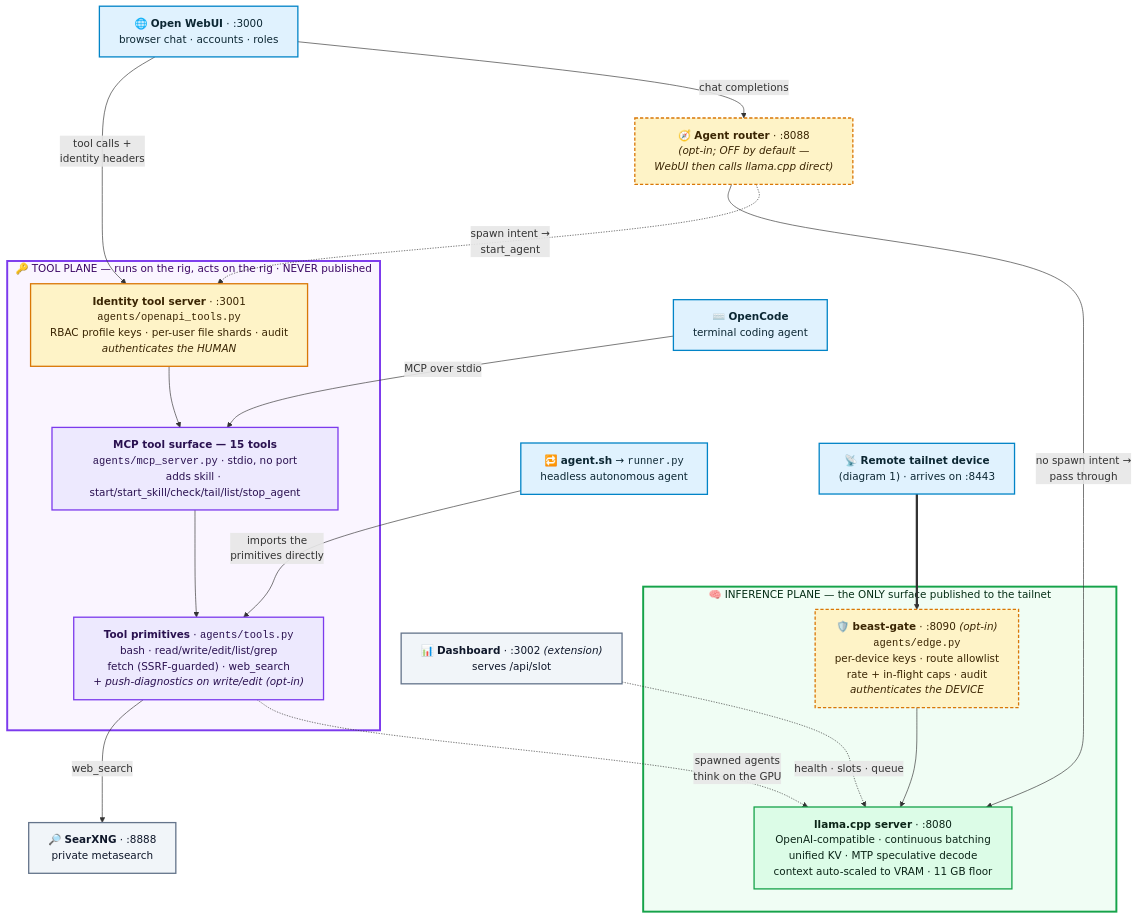
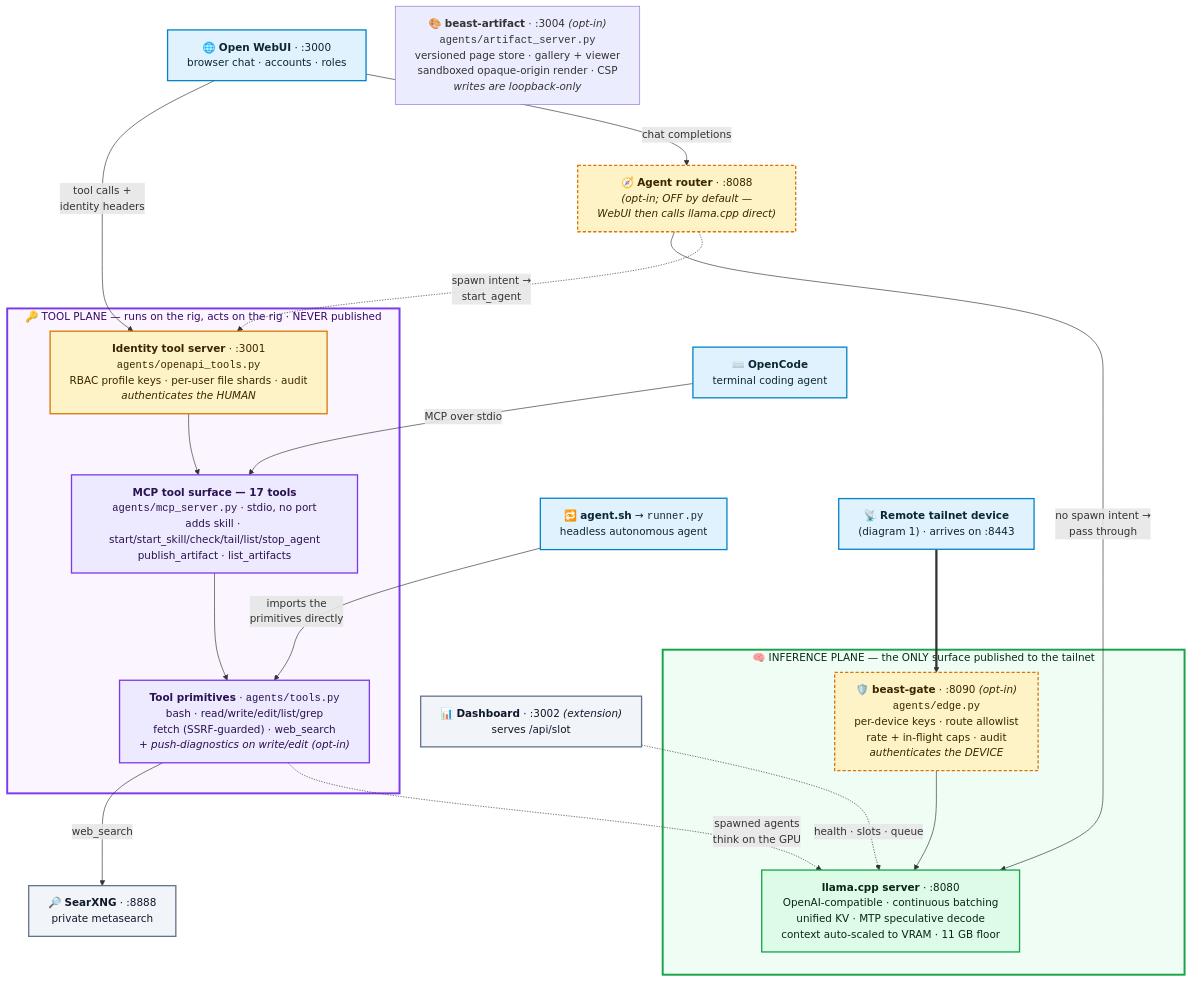
One commit to MaximilianKhan/openbeast changed the second of 2 diagrams in docs/ARCHITECTURE.md. Above: the diagram before and after it, drawn with Mermaid. The commit also changed other lines of this file and 39 other files, not shown here.

````diff
--- a/docs/ARCHITECTURE.md
+++ b/docs/ARCHITECTURE.md
@@ -101,53 +101,54 @@
 ```mermaid
 %%{init: {"flowchart": {"wrappingWidth": 380, "curve": "basis", "nodeSpacing": 45, "rankSpacing": 70}}}%%
 flowchart TB
     webui["🌐 <b>Open WebUI</b> · :3000<br/>browser chat · accounts · roles"]
     opencode["⌨️ <b>OpenCode</b><br/>terminal coding agent"]
     agentsh["🔁 <b>agent.sh</b> → <code>runner.py</code><br/>headless autonomous agent"]
     remote["📡 <b>Remote tailnet device</b><br/>(diagram 1) · arrives on :8443"]
 
     subgraph TOOLPLANE["🔑 TOOL PLANE — runs on the rig, acts on the rig · NEVER published"]
         its["<b>Identity tool server</b> · :3001<br/><code>agents/openapi_tools.py</code><br/>RBAC profile keys · per-user file shards · audit<br/><i>authenticates the HUMAN</i>"]
-        mcp["<b>MCP tool surface — 15 tools</b><br/><code>agents/mcp_server.py</code> · stdio, no port<br/>adds skill · start/start_skill/check/tail/list/stop_agent"]
+        mcp["<b>MCP tool surface — 17 tools</b><br/><code>agents/mcp_server.py</code> · stdio, no port<br/>adds skill · start/start_skill/check/tail/list/stop_agent<br/>publish_artifact · list_artifacts"]
         core["<b>Tool primitives</b> · <code>agents/tools.py</code><br/>bash · read/write/edit/list/grep<br/>fetch (SSRF-guarded) · web_search<br/><i>+ push-diagnostics on write/edit (opt-in)</i>"]
         its --> mcp --> core
     end
 
     subgraph INFPLANE["🧠 INFERENCE PLANE — the ONLY surface published to the tailnet"]
         gate["🛡️ <b>beast-gate</b> · :8090 <i>(opt-in)</i><br/><code>agents/edge.py</code><br/>per-device keys · route allowlist<br/>rate + in-flight caps · audit<br/><i>authenticates the DEVICE</i>"]
         llama["<b>llama.cpp server</b> · :8080<br/>OpenAI-compatible · continuous batching<br/>unified KV · MTP speculative decode<br/>context auto-scaled to VRAM · 11 GB floor"]
         gate --> llama
     end
 
     router["🧭 <b>Agent router</b> · :8088<br/><i>(opt-in; OFF by default —<br/>WebUI then calls llama.cpp direct)</i>"]
     searxng["🔎 <b>SearXNG</b> · :8888<br/>private metasearch"]
     dash["📊 <b>Dashboard</b> · :3002 <i>(extension)</i><br/>serves /api/slot"]
+    artifact["🎨 <b>beast-artifact</b> · :3004 <i>(opt-in)</i><br/><code>agents/artifact_server.py</code><br/>versioned page store · gallery + viewer<br/>sandboxed opaque-origin render · CSP<br/><i>writes are loopback-only</i>"]
 
     webui -->|"tool calls +<br/>identity headers"| its
     opencode -->|"MCP over stdio"| mcp
     agentsh -->|"imports the<br/>primitives directly"| core
     remote ==> gate
 
     webui -->|"chat completions"| router
     router -->|"no spawn intent →<br/>pass through"| llama
     router -.->|"spawn intent →<br/>start_agent"| its
 
     core -->|"web_search"| searxng
     core -.->|"spawned agents<br/>think on the GPU"| llama
     dash -.->|"health · slots · queue"| llama
 
     classDef fe fill:#e0f2fe,stroke:#0284c7,stroke-width:2px,color:#0c2733;
     classDef tool fill:#ede9fe,stroke:#7c3aed,stroke-width:2px,color:#2a1150;
     classDef inf fill:#dcfce7,stroke:#16a34a,stroke-width:2px,color:#0b2417;
     classDef sec fill:#fef3c7,stroke:#d97706,stroke-width:2px,color:#3a2503;
     classDef optin fill:#fef3c7,stroke:#d97706,stroke-width:2px,stroke-dasharray:5 3,color:#3a2503;
     classDef aux fill:#f1f5f9,stroke:#64748b,stroke-width:2px,color:#0f172a;
     class webui,opencode,agentsh,remote fe;
     class mcp,core tool;
     class its sec;
     class llama inf;
     class gate,router optin;
     class searxng,dash aux;
     style TOOLPLANE fill:#faf5ff,stroke:#7c3aed,stroke-width:3px,color:#3b0764;
     style INFPLANE fill:#f0fdf4,stroke:#16a34a,stroke-width:3px,color:#052e16;
 ```
````
